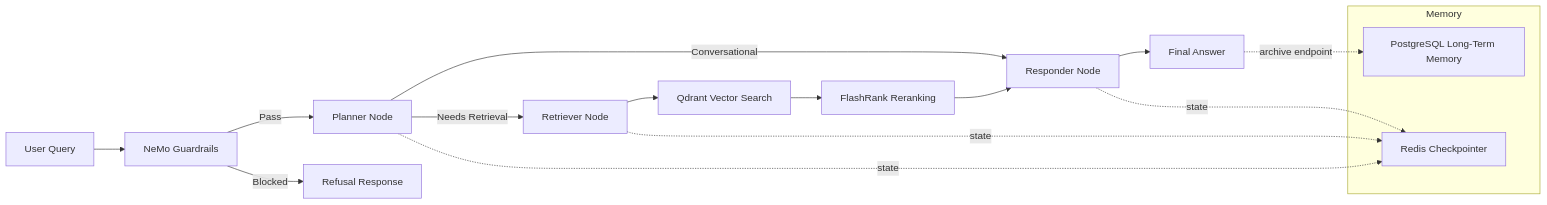
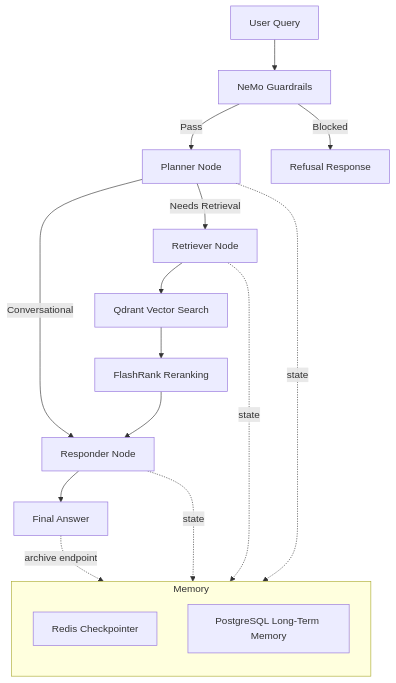
The diagram in README.md (Darshan273/Enterprise_RAG), drawn with Mermaid before and after one commit.

Commit message:
change in readme.md file

````diff
--- a/README.md
+++ b/README.md
@@ -51,25 +51,26 @@
 ```mermaid
-flowchart LR
-		U[User Query] --> G[NeMo Guardrails]
-		G -->|Pass| P[Planner Node]
-		G -->|Blocked| B[Refusal Response]
+flowchart TB
+    U[User Query] --> G[NeMo Guardrails]
+    G -->|Pass| P[Planner Node]
+    G -->|Blocked| B[Refusal Response]
 
-		P -->|Conversational| R[Responder Node]
-		P -->|Needs Retrieval| T[Retriever Node]
+    P -->|Conversational| R[Responder Node]
+    P -->|Needs Retrieval| T[Retriever Node]
 
-		T --> Q[Qdrant Vector Search]
-		Q --> RR[FlashRank Reranking]
-		RR --> R
+    T --> Q[Qdrant Vector Search]
+    Q --> RR[FlashRank Reranking]
+    RR --> R
 
-		R --> A[Final Answer]
+    R --> A[Final Answer]
 
-		subgraph Memory
-			C[Redis Checkpointer]
-			L[PostgreSQL Long-Term Memory]
-		end
+    subgraph Memory
+        direction TB
+        C[Redis Checkpointer]
+        L[PostgreSQL Long-Term Memory]
+    end
 
-		P -. state .-> C
-		T -. state .-> C
-		R -. state .-> C
-		A -. archive endpoint .-> L
+    P -. state .-> C
+    T -. state .-> C
+    R -. state .-> C
+    A -. archive endpoint .-> L
 ```
````
